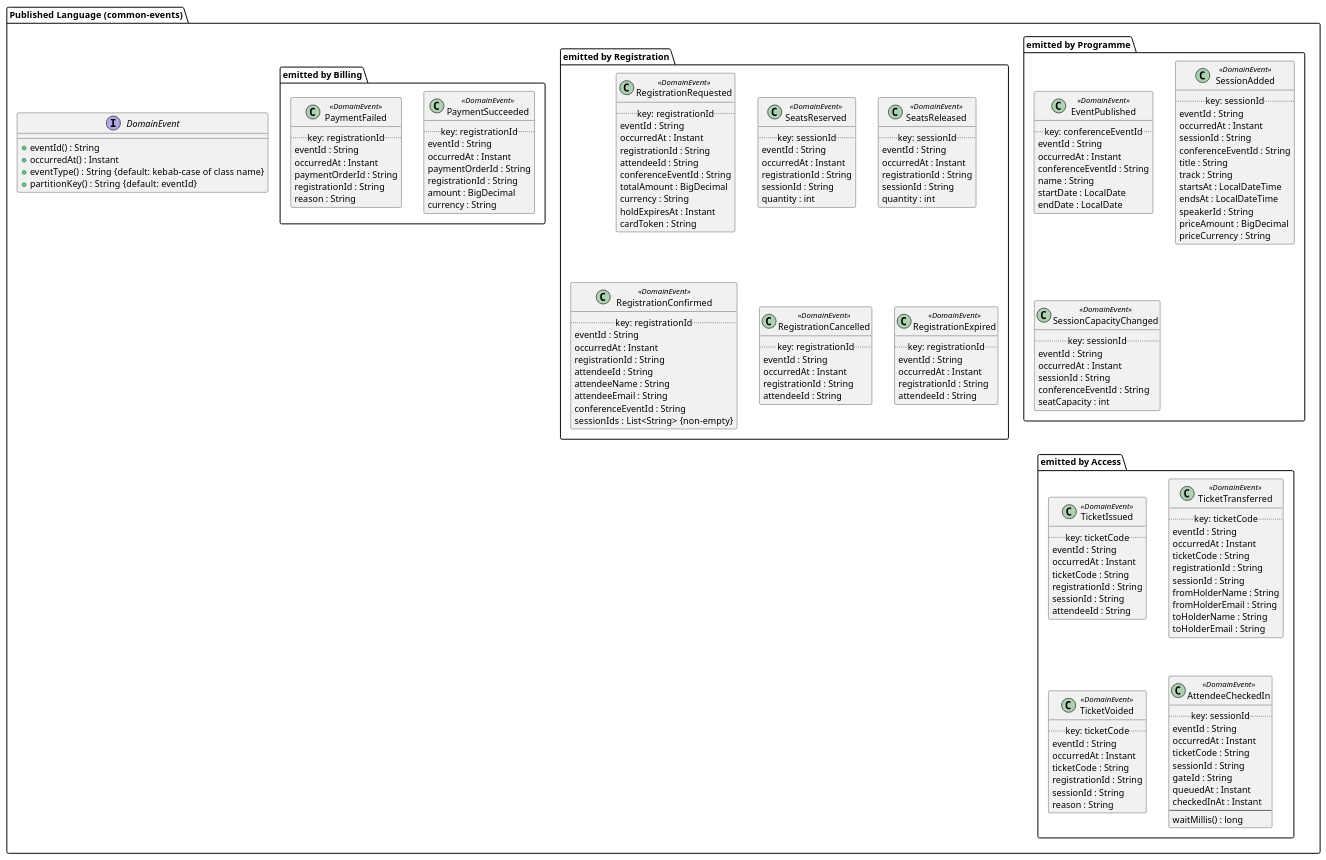
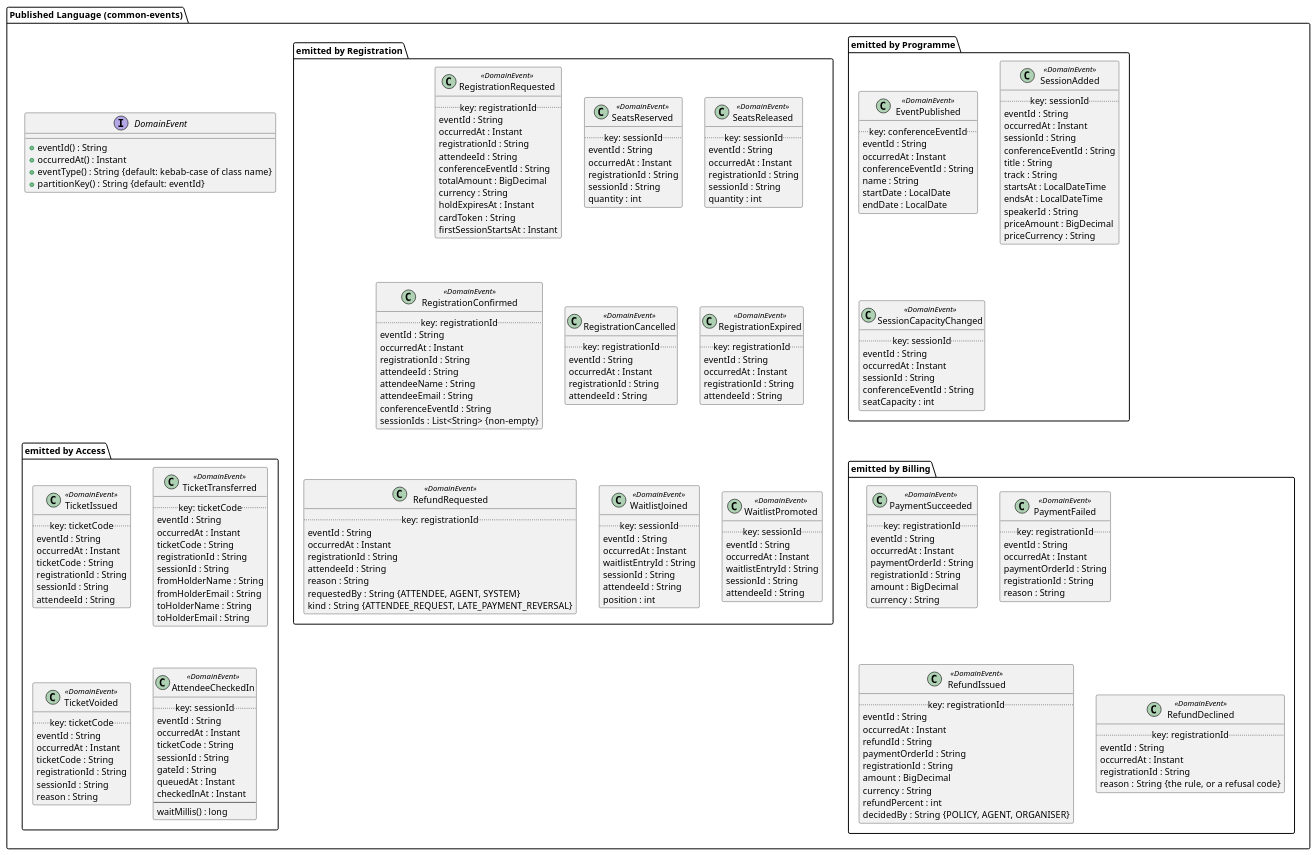
The diagram in docs/diagrams/include/domain-published-language.iuml (middo221/CSCI318---AI-Microservices-Application), drawn with PlantUML before and after one commit. The commit also changed 20 other files, not shown here.

First line of the commit message:
docs: extend the domain model to refunds, waitlists, the support agent and operational insight

```diff
--- a/docs/diagrams/include/domain-published-language.iuml
+++ b/docs/diagrams/include/domain-published-language.iuml
@@ -2,8 +2,9 @@
 ' Shared by domain-published-language.puml (full detail) and domain-model.puml (overview).
 ' Every record implements DomainEvent; the topic is eventType() (kebab-case of the class name)
 ' and the Kafka key is partitionKey(), shown on each record below.
-' Second pass (M3): add EventCancelled, WaitlistJoined, WaitlistPromoted, RefundRequested,
-' RefundIssued, RefundDeclined and the analytics alert records in the matching sub-package.
+' The two analytics alerts (SessionCapacityAlert, GateCongestionAlert) also implement DomainEvent
+' but live in analytics-service, because no other context consumes them: see domain-insight.iuml.
+' There is no EventCancelled record: nothing would produce it.
 
 package "Published Language  (common-events)" as published_language {
 
@@ -60,6 +61,7 @@
       currency : String
       holdExpiresAt : Instant
       cardToken : String
+      firstSessionStartsAt : Instant
     }
     class SeatsReserved <<DomainEvent>> {
       .. key: sessionId ..
@@ -102,6 +104,33 @@
       registrationId : String
       attendeeId : String
     }
+    class RefundRequested <<DomainEvent>> {
+      .. key: registrationId ..
+      eventId : String
+      occurredAt : Instant
+      registrationId : String
+      attendeeId : String
+      reason : String
+      requestedBy : String  {ATTENDEE, AGENT, SYSTEM}
+      kind : String  {ATTENDEE_REQUEST, LATE_PAYMENT_REVERSAL}
+    }
+    class WaitlistJoined <<DomainEvent>> {
+      .. key: sessionId ..
+      eventId : String
+      occurredAt : Instant
+      waitlistEntryId : String
+      sessionId : String
+      attendeeId : String
+      position : int
+    }
+    class WaitlistPromoted <<DomainEvent>> {
+      .. key: sessionId ..
+      eventId : String
+      occurredAt : Instant
+      waitlistEntryId : String
+      sessionId : String
+      attendeeId : String
+    }
   }
 
   package "emitted by Billing" as pl_billing {
@@ -121,6 +150,25 @@
       paymentOrderId : String
       registrationId : String
       reason : String
+    }
+    class RefundIssued <<DomainEvent>> {
+      .. key: registrationId ..
+      eventId : String
+      occurredAt : Instant
+      refundId : String
+      paymentOrderId : String
+      registrationId : String
+      amount : BigDecimal
+      currency : String
+      refundPercent : int
+      decidedBy : String  {POLICY, AGENT, ORGANISER}
+    }
+    class RefundDeclined <<DomainEvent>> {
+      .. key: registrationId ..
+      eventId : String
+      occurredAt : Instant
+      registrationId : String
+      reason : String  {the rule, or a refusal code}
     }
   }
 
```
